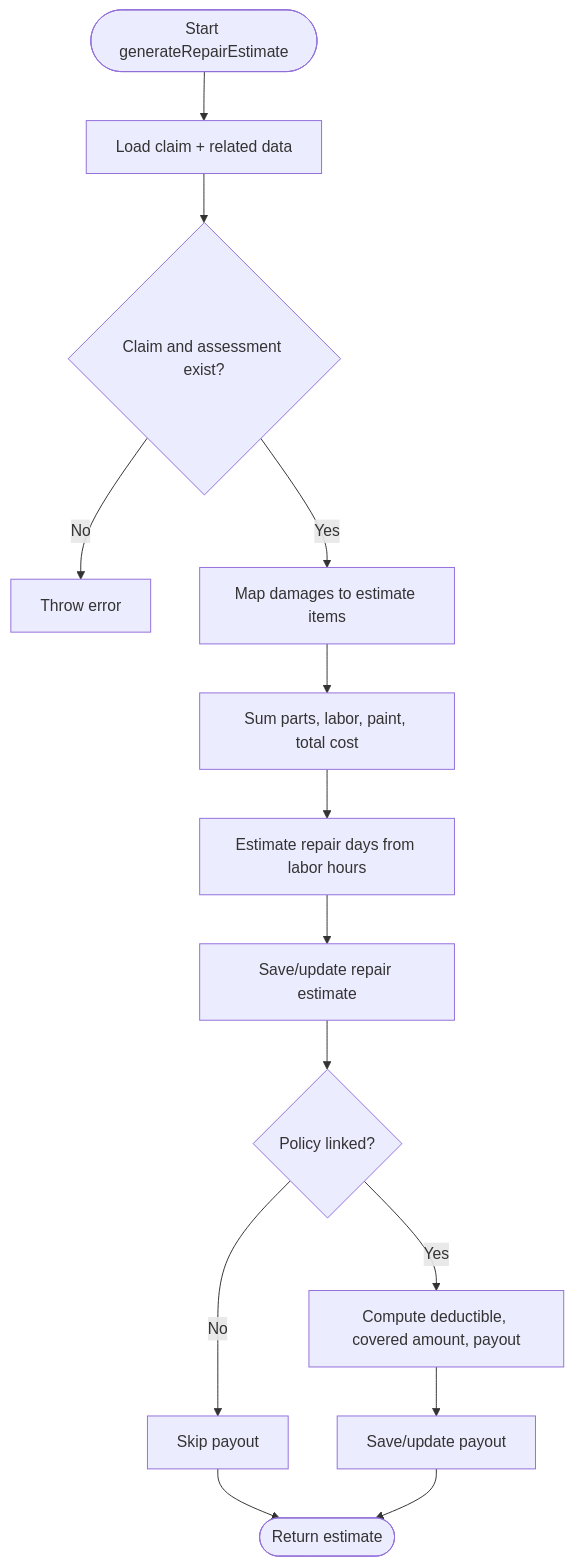
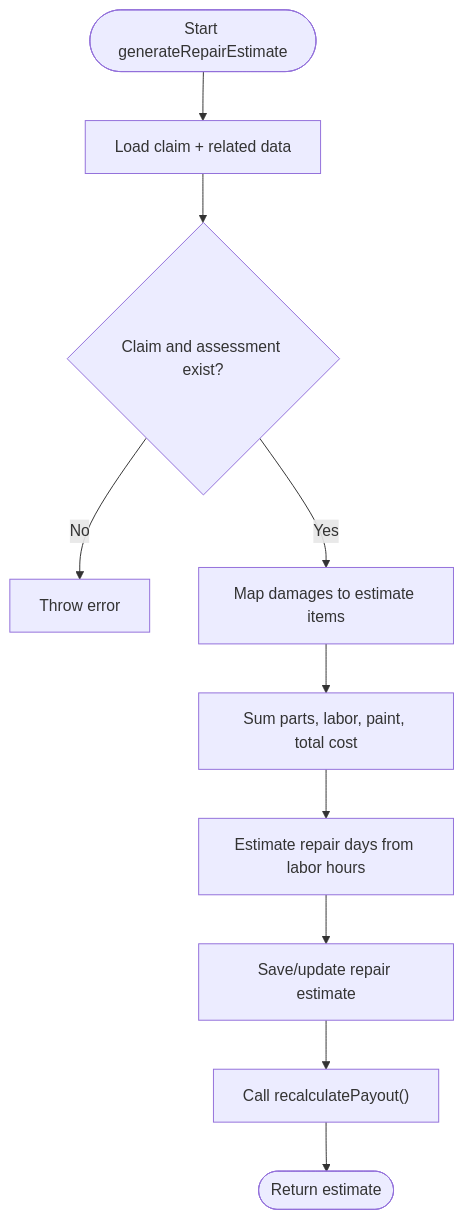
One commit to NaveenHiranya/Smart-Vehicle-Insurance-Claim-System changed the fourth of 9 diagrams in .qoder/repowiki/en/content/Backend Documentation/Business Logic & Services/Business Logic & Services.md. Above: the diagram before and after it, drawn with Mermaid. The commit also changed other lines of this file and 38 other files, not shown here.

````diff
--- a/.qoder/repowiki/en/content/Backend Documentation/Business Logic & Services/Business Logic & Services.md
+++ b/.qoder/repowiki/en/content/Backend Documentation/Business Logic & Services/Business Logic & Services.md
@@ -197,16 +224,12 @@
 ```mermaid
 flowchart TD
 Start(["Start generateRepairEstimate"]) --> LoadClaim["Load claim + related data"]
 LoadClaim --> Validate{"Claim and assessment exist?"}
 Validate -- No --> ThrowErr["Throw error"]
 Validate -- Yes --> MapItems["Map damages to estimate items"]
 MapItems --> SumTotals["Sum parts, labor, paint, total cost"]
 SumTotals --> CalcDays["Estimate repair days from labor hours"]
 CalcDays --> PersistEstimate["Save/update repair estimate"]
-PersistEstimate --> PolicyCheck{"Policy linked?"}
-PolicyCheck -- Yes --> CalcPayout["Compute deductible, covered amount, payout"]
-PolicyCheck -- No --> SkipPayout["Skip payout"]
-CalcPayout --> PersistPayout["Save/update payout"]
-SkipPayout --> End(["Return estimate"])
-PersistPayout --> End
+PersistEstimate --> CallPayout["Call recalculatePayout()"]
+CallPayout --> End(["Return estimate"])
 ```
````
